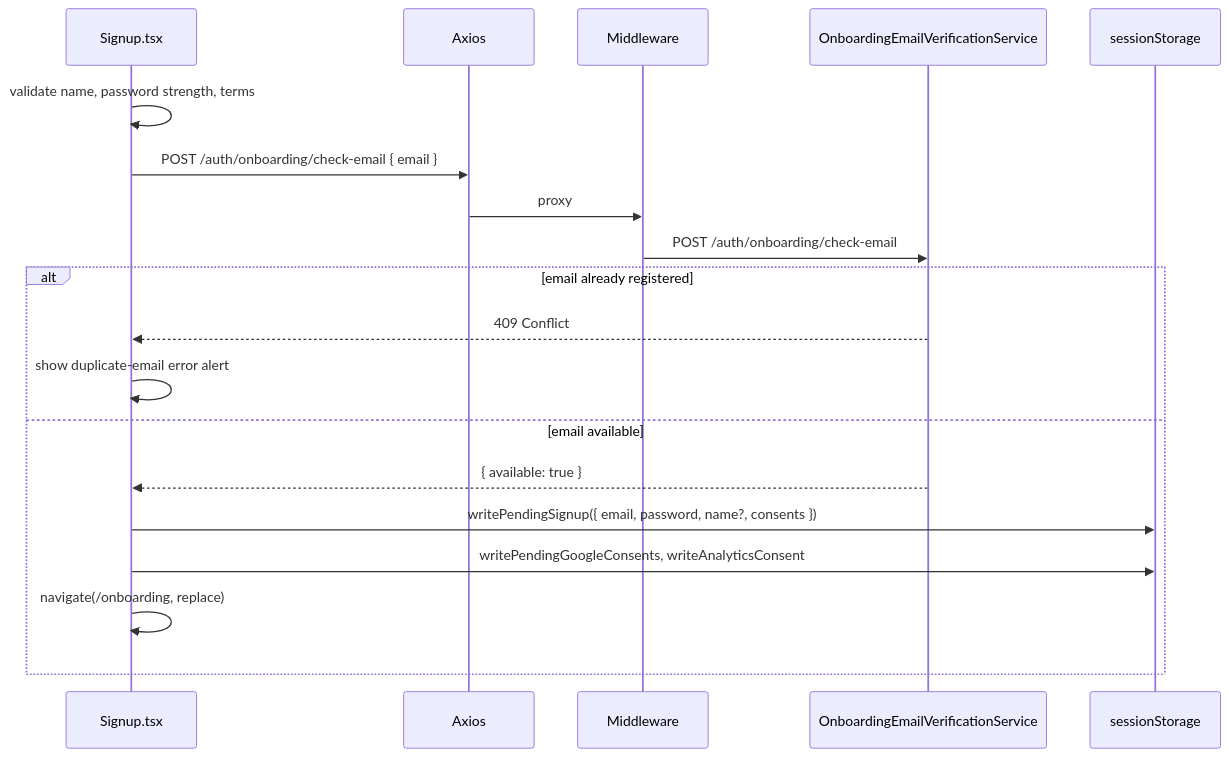
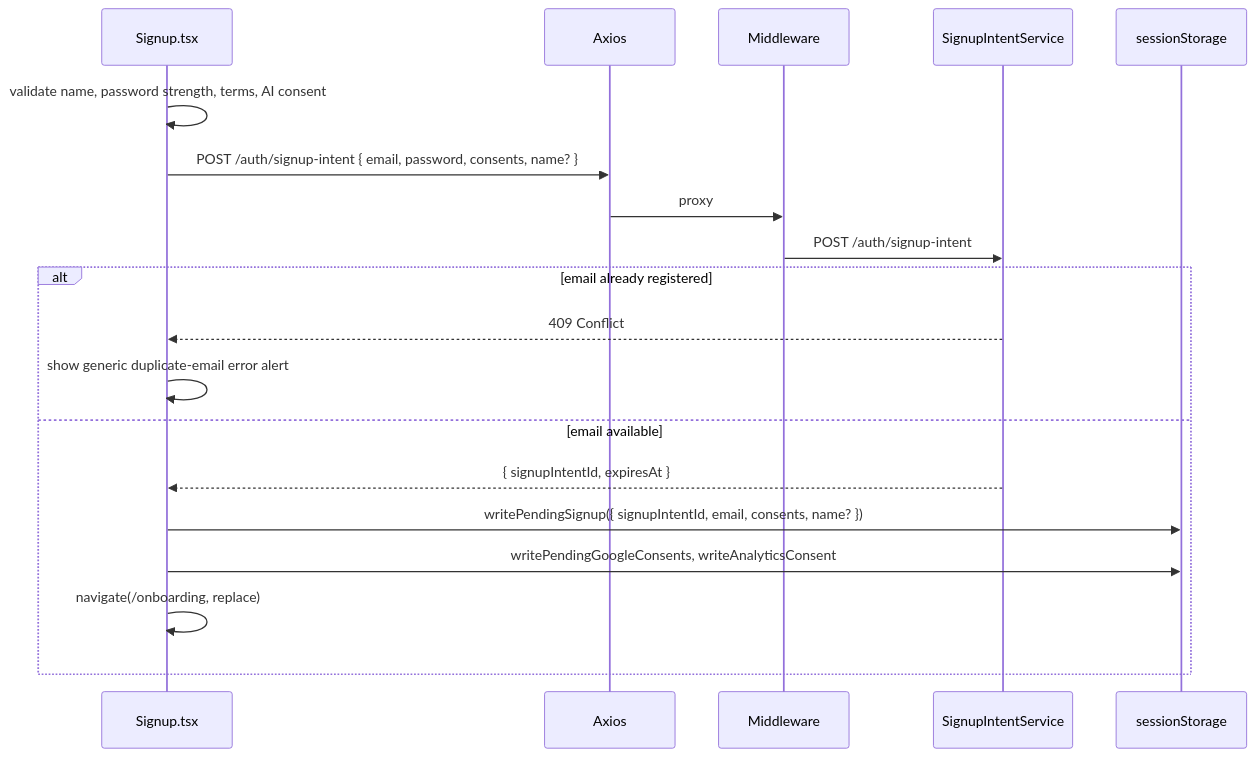
The diagram in pagesflow/signup/PAGE.md (yugandharreddybana/NewCareers), drawn with Mermaid before and after one commit. The commit also changed other lines of this file and 360 other files, not shown here.

````diff
--- a/pagesflow/signup/PAGE.md
+++ b/pagesflow/signup/PAGE.md
@@ -101,23 +104,23 @@
 ```mermaid
 sequenceDiagram
     participant Signup as Signup.tsx
     participant Axios
     participant Middleware
-    participant Java as OnboardingEmailVerificationService
+    participant Java as SignupIntentService
     participant Storage as sessionStorage
 
-    Signup->>Signup: validate name, password strength, terms
-    Signup->>Axios: POST /auth/onboarding/check-email { email }
+    Signup->>Signup: validate name, password strength, terms, AI consent
+    Signup->>Axios: POST /auth/signup-intent { email, password, consents, name? }
     Axios->>Middleware: proxy
-    Middleware->>Java: POST /auth/onboarding/check-email
+    Middleware->>Java: POST /auth/signup-intent
 
     alt email already registered
         Java-->>Signup: 409 Conflict
-        Signup->>Signup: show duplicate-email error alert
+        Signup->>Signup: show generic duplicate-email error alert
     else email available
-        Java-->>Signup: { available: true }
-        Signup->>Storage: writePendingSignup({ email, password, name?, consents })
+        Java-->>Signup: { signupIntentId, expiresAt }
+        Signup->>Storage: writePendingSignup({ signupIntentId, email, consents, name? })
         Signup->>Storage: writePendingGoogleConsents, writeAnalyticsConsent
         Signup->>Signup: navigate(/onboarding, replace)
     end
 ```
````
